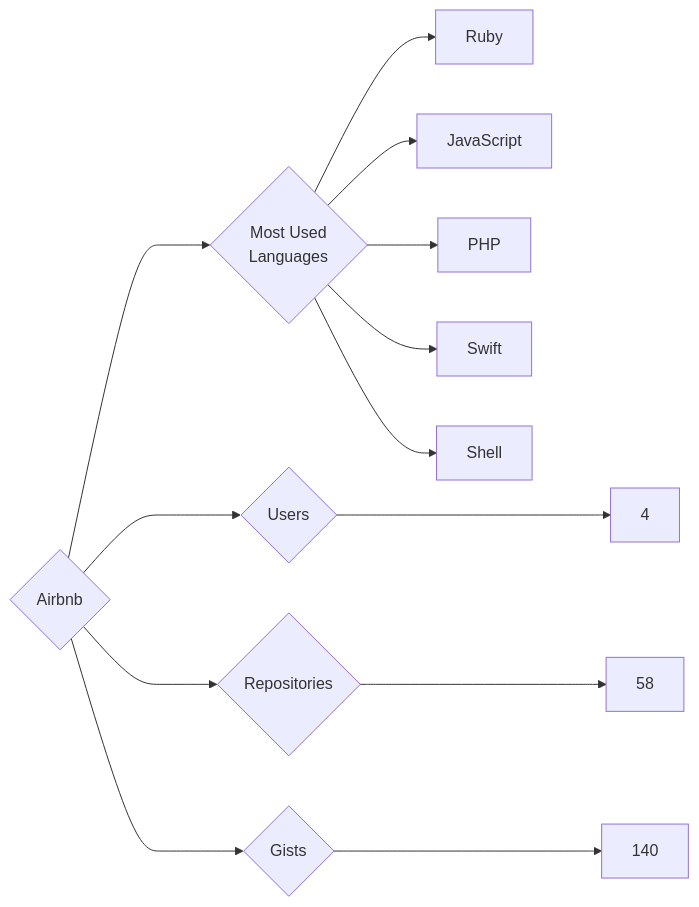
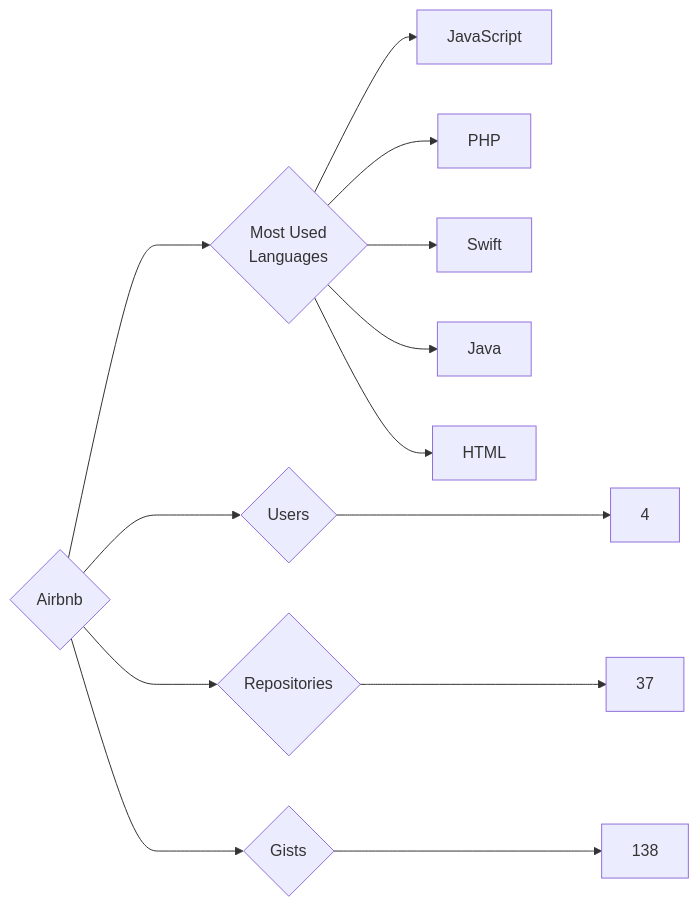
The diagram in targets/Airbnb/README.md (trickest/insiders), drawn with Mermaid before and after one commit. The commit also changed 942 other files, not shown here.

````diff
--- a/targets/Airbnb/README.md
+++ b/targets/Airbnb/README.md
@@ -3,13 +3,13 @@
 ```mermaid
 graph LR
 COMPANY_NAME{Airbnb}
 COMPANY_NAME ---> U{Users} ---> UN[4]
-COMPANY_NAME ---> R{Repositories} ---> RN[58]
-COMPANY_NAME ---> G{Gists} ---> GN[140]
+COMPANY_NAME ---> R{Repositories} ---> RN[37]
+COMPANY_NAME ---> G{Gists} ---> GN[138]
 COMPANY_NAME ---> ML{Most Used<br>Languages}
-ML --> Ruby[Ruby]
 ML --> JavaScript[JavaScript]
 ML --> PHP[PHP]
 ML --> Swift[Swift]
-ML --> Shell[Shell]
+ML --> Java[Java]
+ML --> HTML[HTML]
 ```
````
